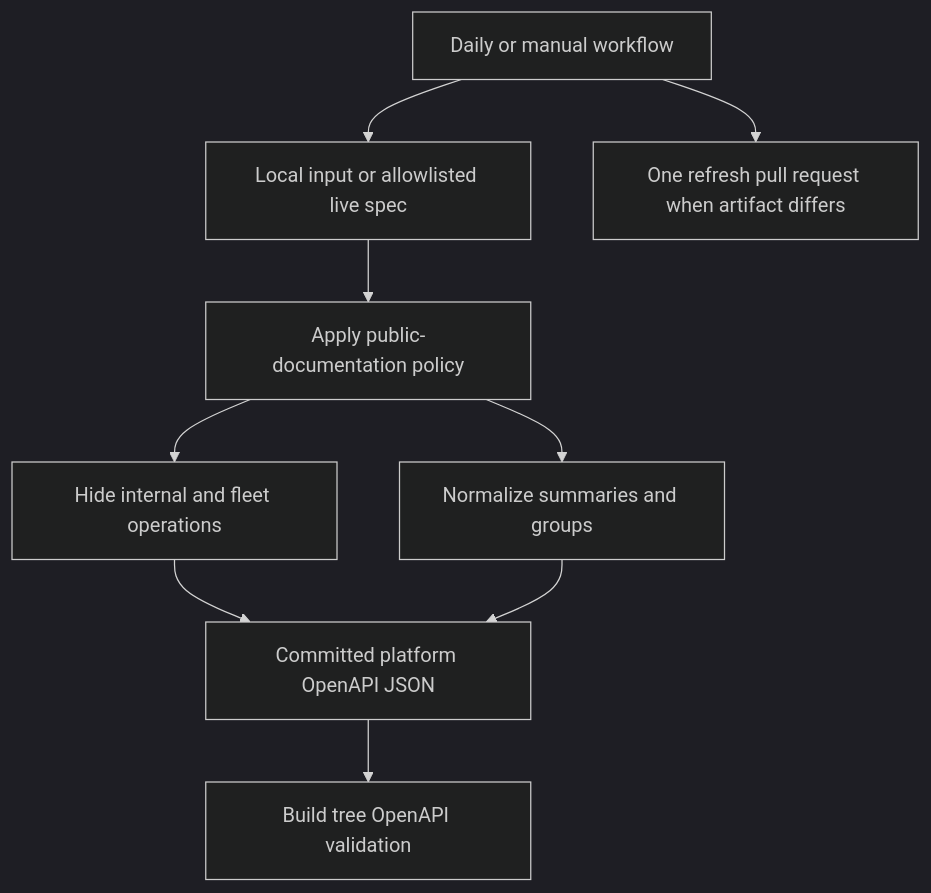
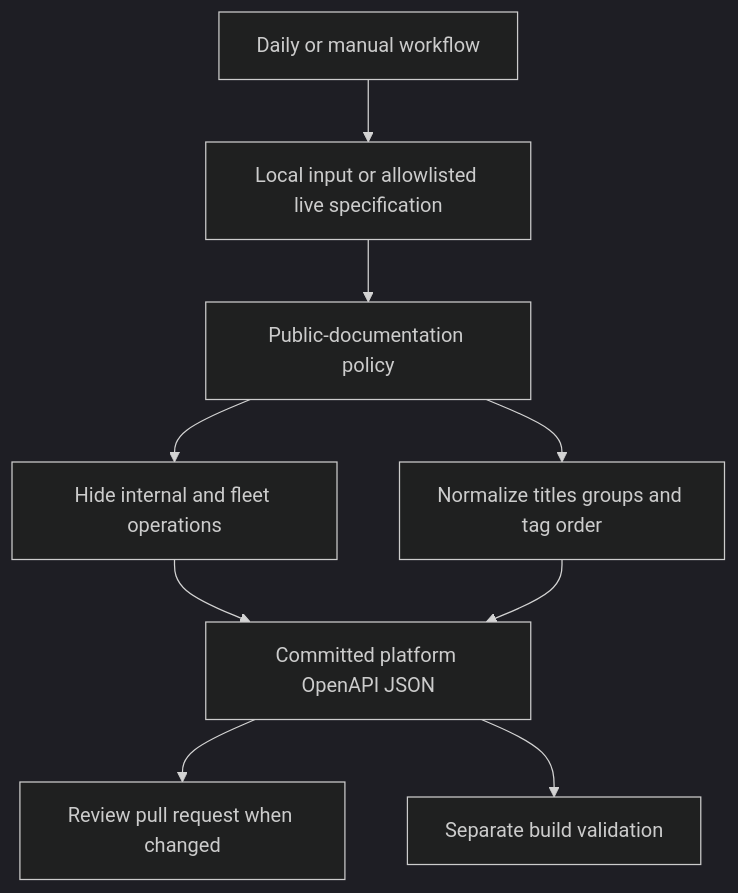
The third of 3 diagrams in openwiki/testing/test-overview.md (langchain-ai/docs), drawn with Mermaid (dark theme) before and after one commit. The commit also changed other lines of this file and 29 other files, not shown here.

````diff
--- a/openwiki/testing/test-overview.md
+++ b/openwiki/testing/test-overview.md
@@ -120,11 +159,11 @@
 ```mermaid
 flowchart TD
-  Input["Local input or allowlisted live spec"] --> Process["Apply public-documentation policy"]
+  Source["Local input or allowlisted live specification"] --> Process["Public-documentation policy"]
   Process --> Hide["Hide internal and fleet operations"]
-  Process --> Labels["Normalize summaries and groups"]
-  Hide --> Artifact["Committed platform OpenAPI JSON"]
-  Labels --> Artifact
-  Artifact --> Mint["Build tree OpenAPI validation"]
-  Refresh["Daily or manual workflow"] --> Input
-  Refresh --> Review["One refresh pull request when artifact differs"]
+  Process --> Group["Normalize titles groups and tag order"]
+  Hide --> JSON["Committed platform OpenAPI JSON"]
+  Group --> JSON
+  Refresh["Daily or manual workflow"] --> Source
+  JSON --> Review["Review pull request when changed"]
+  JSON --> BuildCheck["Separate build validation"]
 ```
````
